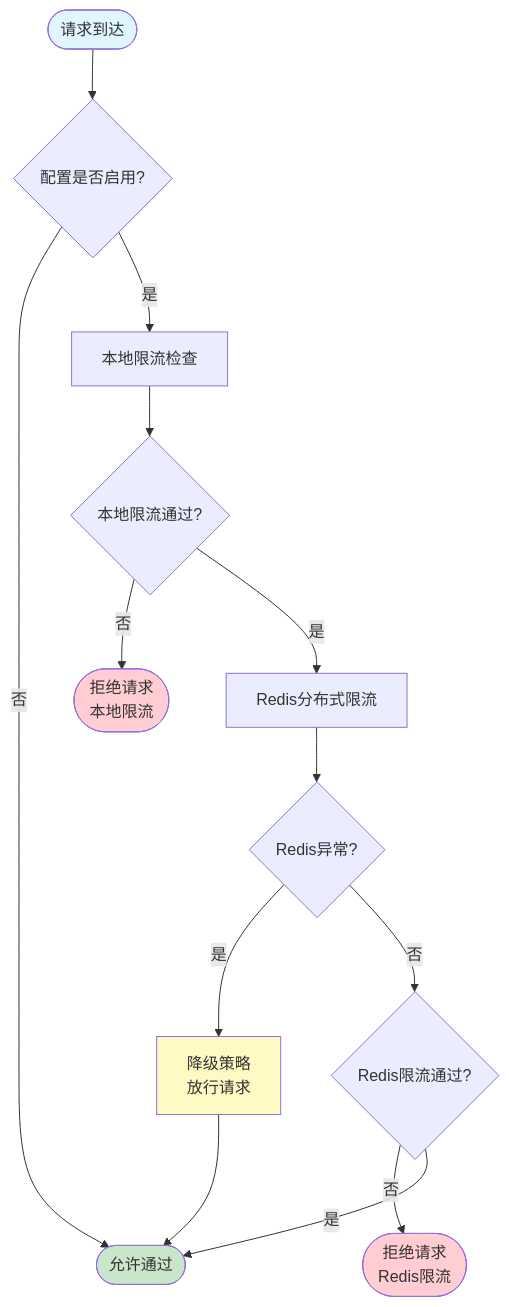
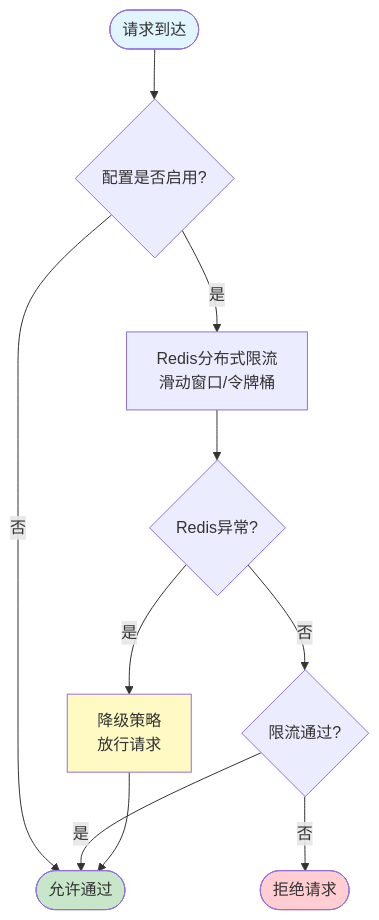
Before and after one commit to 1973034392/api-gateway-codelong: the first of 13 diagrams in docs/项目文档/核心服务/10.3 分布式限流器-流程图与架构图.md, drawn with Mermaid. The commit also changed other lines of this file and 12 other files, not shown here.

````diff
--- a/docs/项目文档/核心服务/10.3 分布式限流器-流程图与架构图.md
+++ b/docs/项目文档/核心服务/10.3 分布式限流器-流程图与架构图.md
@@ -7,25 +9,20 @@
 ```mermaid
 flowchart TD
     Start([请求到达]) --> CheckEnabled{配置是否启用?}
     CheckEnabled -->|否| Allow([允许通过])
-    CheckEnabled -->|是| LocalLimit[本地限流检查]
-
-    LocalLimit --> LocalPass{本地限流通过?}
-    LocalPass -->|否| Reject1([拒绝请求<br/>本地限流])
-    LocalPass -->|是| RedisLimit[Redis分布式限流]
+    CheckEnabled -->|是| RedisLimit[Redis分布式限流<br/>滑动窗口/令牌桶]
 
     RedisLimit --> RedisError{Redis异常?}
     RedisError -->|是| Degrade[降级策略<br/>放行请求]
-    RedisError -->|否| RedisPass{Redis限流通过?}
+    RedisError -->|否| RedisPass{限流通过?}
 
-    RedisPass -->|否| Reject2([拒绝请求<br/>Redis限流])
+    RedisPass -->|否| Reject([拒绝请求])
     RedisPass -->|是| Allow
 
     Degrade --> Allow
 
     style Start fill:#e1f5ff
     style Allow fill:#c8e6c9
-    style Reject1 fill:#ffcdd2
-    style Reject2 fill:#ffcdd2
+    style Reject fill:#ffcdd2
     style Degrade fill:#fff9c4
 ```
````
